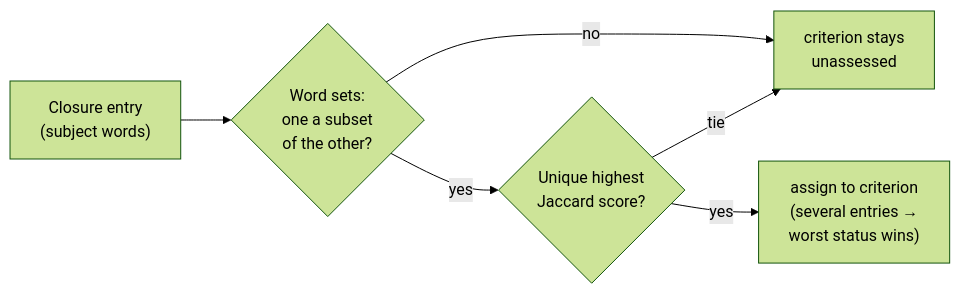
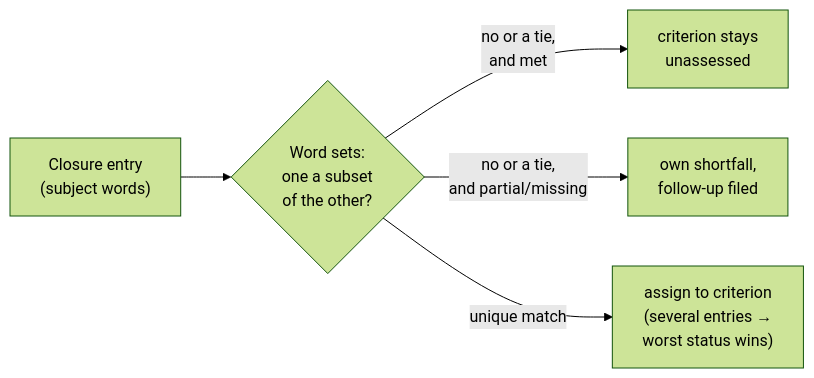
Before and after one commit to stSoftwareAU/VibeCoder: the diagram in docs/archive/pr-summaries/pr-summary-3128.md, drawn with Mermaid (forest theme). The commit also changed other lines of this file and 2 other files, not shown here.

Commit message:
Describe an unmatched closure gap as its own follow-up, including a subjectless one (Issue #3128).

````diff
--- a/docs/archive/pr-summaries/pr-summary-3128.md
+++ b/docs/archive/pr-summaries/pr-summary-3128.md
@@ -14,8 +14,7 @@
 ```mermaid
 flowchart LR
     E["Closure entry<br/>(subject words)"] --> M{"Word sets:<br/>one a subset<br/>of the other?"}
-    M -- no --> U["criterion stays<br/>unassessed"]
-    M -- yes --> J{"Unique highest<br/>Jaccard score?"}
-    J -- tie --> U
-    J -- yes --> C["assign to criterion<br/>(several entries →<br/>worst status wins)"]
+    M -- "no or a tie,<br/>and met" --> U["criterion stays<br/>unassessed"]
+    M -- "no or a tie,<br/>and partial/missing" --> G["own shortfall,<br/>follow-up filed"]
+    M -- "unique match" --> C["assign to criterion<br/>(several entries →<br/>worst status wins)"]
 ```
````
